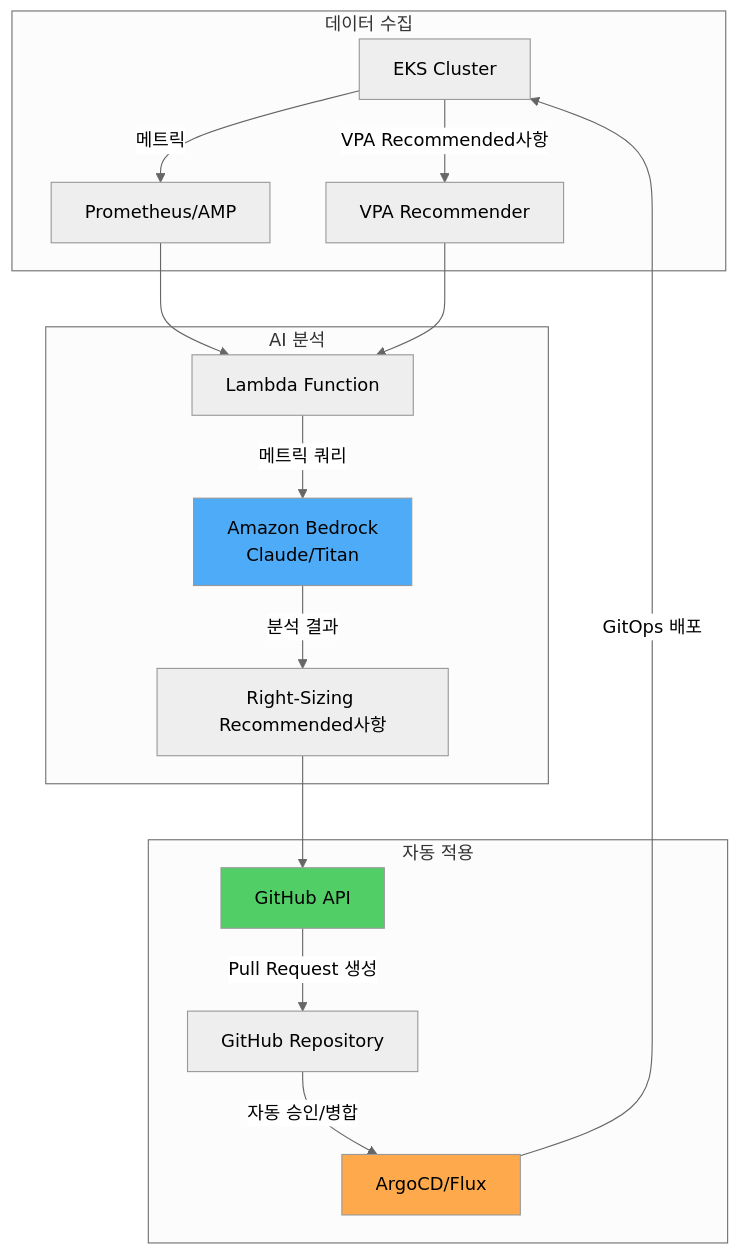
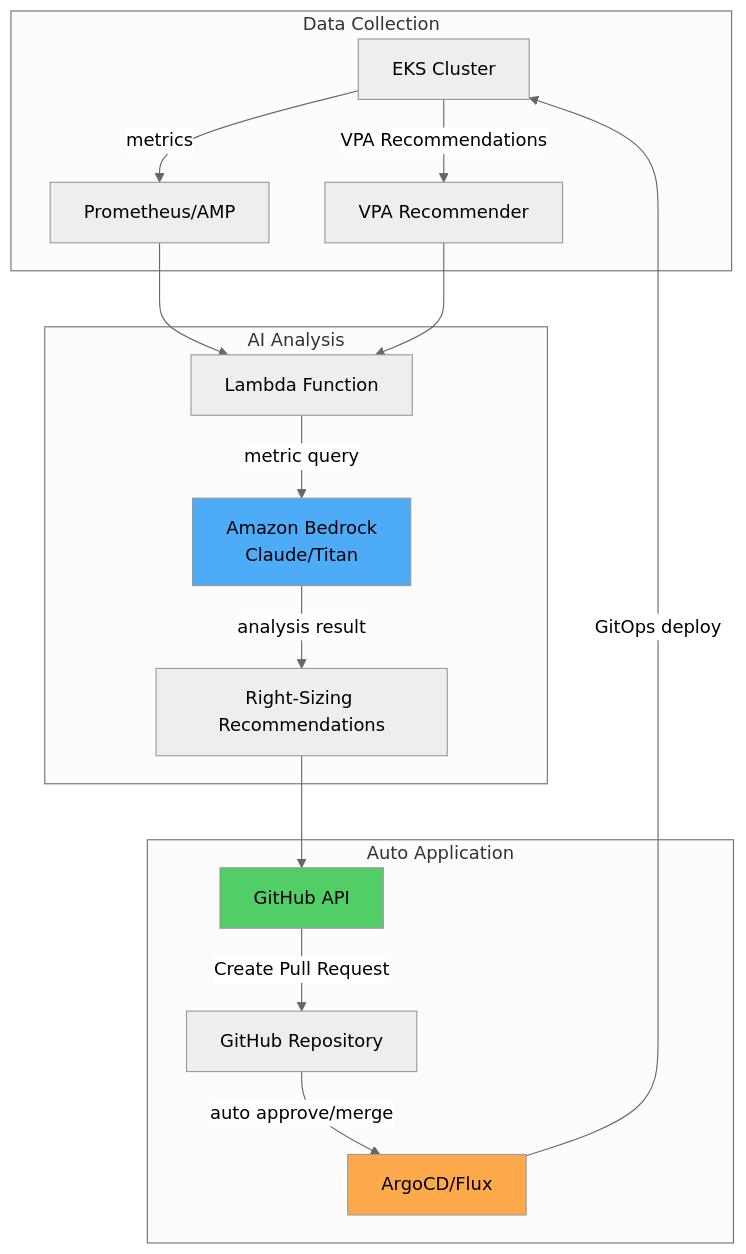
Diagram 12 of 16 in i18n/en/docusaurus-plugin-content-docs/current/eks-best-practices/resource-cost/eks-resource-optimization.md (devfloor9/engineering-playbook), drawn with Mermaid (neutral theme) before and after one commit. The commit also changed other lines of this file, not shown here.

Commit message:
docs(i18n/en): complete eks-resource-optimization.md translation (1356 Korean lines)

````diff
--- a/i18n/en/docusaurus-plugin-content-docs/current/eks-best-practices/resource-cost/eks-resource-optimization.md
+++ b/i18n/en/docusaurus-plugin-content-docs/current/eks-best-practices/resource-cost/eks-resource-optimization.md
@@ -3491,25 +3491,25 @@
 ```mermaid
 graph TB
-    subgraph "데이터 수집"
-        A[EKS Cluster] -->|메트릭| B[Prometheus/AMP]
-        A -->|VPA Recommended사항| C[VPA Recommender]
+    subgraph "Data Collection"
+        A[EKS Cluster] -->|metrics| B[Prometheus/AMP]
+        A -->|VPA Recommendations| C[VPA Recommender]
     end
 
-    subgraph "AI 분석"
+    subgraph "AI Analysis"
         B --> D[Lambda Function]
         C --> D
-        D -->|메트릭 쿼리| E[Amazon Bedrock<br/>Claude/Titan]
-        E -->|분석 결과| F[Right-Sizing Recommended사항]
+        D -->|metric query| E[Amazon Bedrock<br/>Claude/Titan]
+        E -->|analysis result| F[Right-Sizing Recommendations]
     end
 
-    subgraph "자동 적용"
+    subgraph "Auto Application"
         F --> G[GitHub API]
-        G -->|Pull Request 생성| H[GitHub Repository]
-        H -->|자동 승인/병합| I[ArgoCD/Flux]
-        I -->|GitOps 배포| A
+        G -->|Create Pull Request| H[GitHub Repository]
+        H -->|auto approve/merge| I[ArgoCD/Flux]
+        I -->|GitOps deploy| A
     end
 
     style E fill:#4dabf7
     style G fill:#51cf66
     style I fill:#ffa94d
 ```
````
